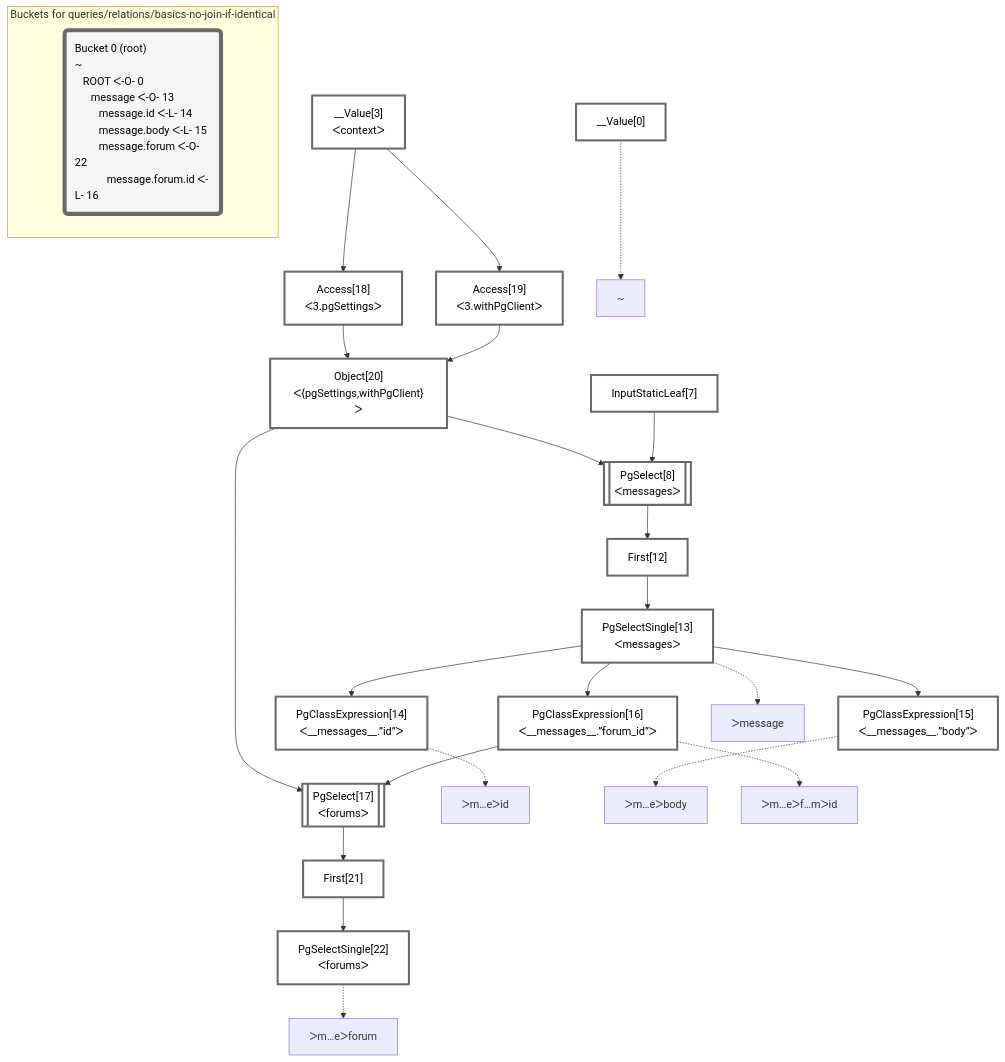
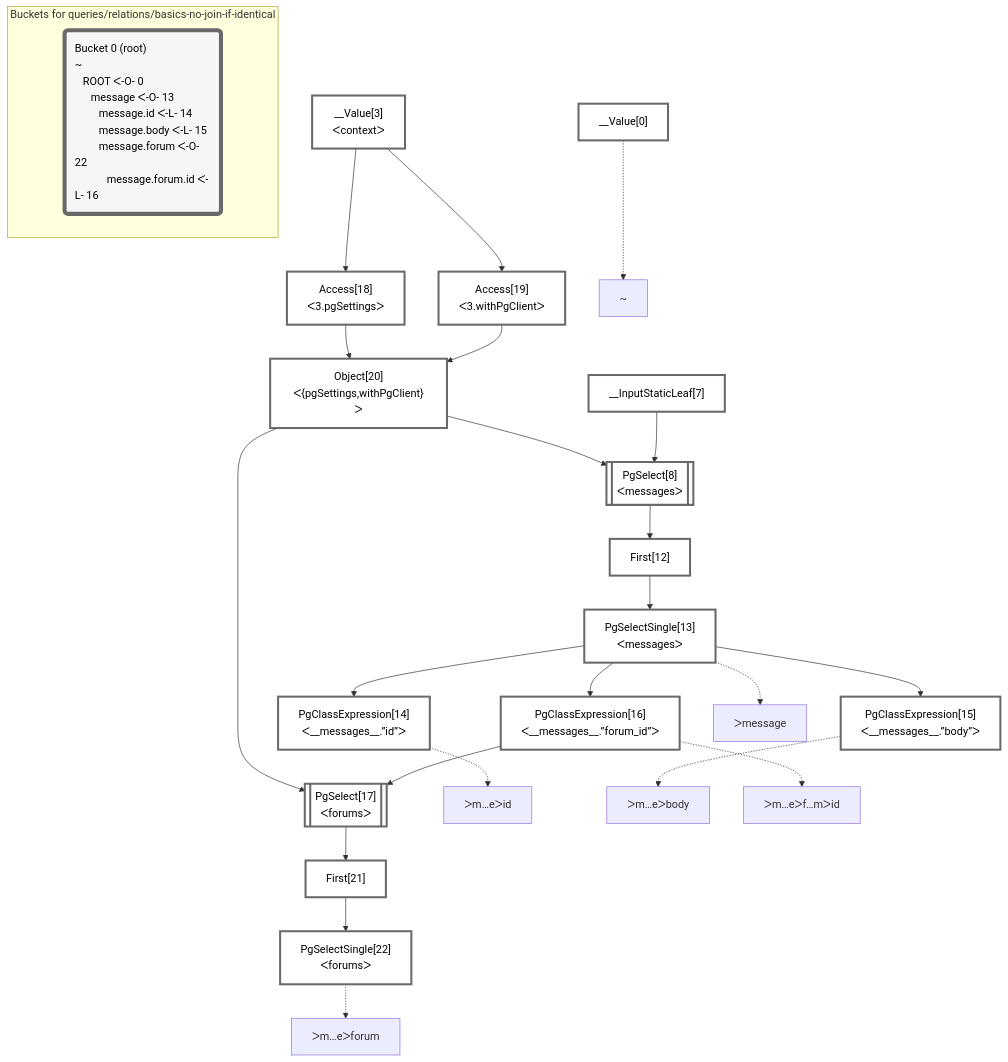
Before and after one commit to graphile/crystal: the diagram in packages/dataplan-pg/__tests__/queries/relations/basics-no-join-if-identical.deopt.mermaid.md, drawn with Mermaid. The commit also changed 79 other files, not shown here.

````diff
--- a/packages/dataplan-pg/__tests__/queries/relations/basics-no-join-if-identical.deopt.mermaid.md
+++ b/packages/dataplan-pg/__tests__/queries/relations/basics-no-join-if-identical.deopt.mermaid.md
@@ -1,60 +1,60 @@
 ```mermaid
 graph TD
     classDef path fill:#eee,stroke:#000,color:#000
     classDef plan fill:#fff,stroke-width:3px,color:#000
     classDef itemplan fill:#fff,stroke-width:6px,color:#000
     classDef sideeffectplan fill:#f00,stroke-width:6px,color:#000
     classDef bucket fill:#f6f6f6,color:#000,stroke-width:6px,text-align:left
 
 
     %% define plans
     __Value0["__Value[0]"]:::plan
     PgClassExpression14["PgClassExpression[14]<br />ᐸ__messages__.”id”ᐳ"]:::plan
     PgClassExpression15["PgClassExpression[15]<br />ᐸ__messages__.”body”ᐳ"]:::plan
     PgSelectSingle22["PgSelectSingle[22]<br />ᐸforumsᐳ"]:::plan
     First21["First[21]"]:::plan
     PgSelect17[["PgSelect[17]<br />ᐸforumsᐳ"]]:::plan
     PgClassExpression16["PgClassExpression[16]<br />ᐸ__messages__.”forum_id”ᐳ"]:::plan
     PgSelectSingle13["PgSelectSingle[13]<br />ᐸmessagesᐳ"]:::plan
     First12["First[12]"]:::plan
     PgSelect8[["PgSelect[8]<br />ᐸmessagesᐳ"]]:::plan
     Object20["Object[20]<br />ᐸ{pgSettings,withPgClient}ᐳ"]:::plan
     Access18["Access[18]<br />ᐸ3.pgSettingsᐳ"]:::plan
     Access19["Access[19]<br />ᐸ3.withPgClientᐳ"]:::plan
     __Value3["__Value[3]<br />ᐸcontextᐳ"]:::plan
-    InputStaticLeaf7["InputStaticLeaf[7]"]:::plan
+    __InputStaticLeaf7["__InputStaticLeaf[7]"]:::plan
 
     %% plan dependencies
     PgSelectSingle13 --> PgClassExpression14
     PgSelectSingle13 --> PgClassExpression15
     First21 --> PgSelectSingle22
     PgSelect17 --> First21
     Object20 & PgClassExpression16 --> PgSelect17
     PgSelectSingle13 --> PgClassExpression16
     First12 --> PgSelectSingle13
     PgSelect8 --> First12
-    Object20 & InputStaticLeaf7 --> PgSelect8
+    Object20 & __InputStaticLeaf7 --> PgSelect8
     Access18 & Access19 --> Object20
     __Value3 --> Access18
     __Value3 --> Access19
 
     %% plan-to-path relationships
     P0["~"]
     __Value0 -.-> P0
     P13["ᐳmessage"]
     PgSelectSingle13 -.-> P13
     P14["ᐳm…eᐳid"]
     PgClassExpression14 -.-> P14
     P15["ᐳm…eᐳbody"]
     PgClassExpression15 -.-> P15
     P16["ᐳm…eᐳf…mᐳid"]
     PgClassExpression16 -.-> P16
     P22["ᐳm…eᐳforum"]
     PgSelectSingle22 -.-> P22
 
     subgraph "Buckets for queries/relations/basics-no-join-if-identical"
     Bucket0("Bucket 0 (root)<br />~<br />⠀ROOT ᐸ-O- 0<br />⠀⠀message ᐸ-O- 13<br />⠀⠀⠀message.id ᐸ-L- 14<br />⠀⠀⠀message.body ᐸ-L- 15<br />⠀⠀⠀message.forum ᐸ-O- 22<br />⠀⠀⠀⠀message.forum.id ᐸ-L- 16"):::bucket
     classDef bucket0 stroke:#696969
-    class Bucket0,__Value0,__Value3,InputStaticLeaf7,PgSelect8,First12,PgSelectSingle13,PgClassExpression14,PgClassExpression15,PgClassExpression16,PgSelect17,Access18,Access19,Object20,First21,PgSelectSingle22 bucket0
+    class Bucket0,__Value0,__Value3,__InputStaticLeaf7,PgSelect8,First12,PgSelectSingle13,PgClassExpression14,PgClassExpression15,PgClassExpression16,PgSelect17,Access18,Access19,Object20,First21,PgSelectSingle22 bucket0
     end
 ```
````
